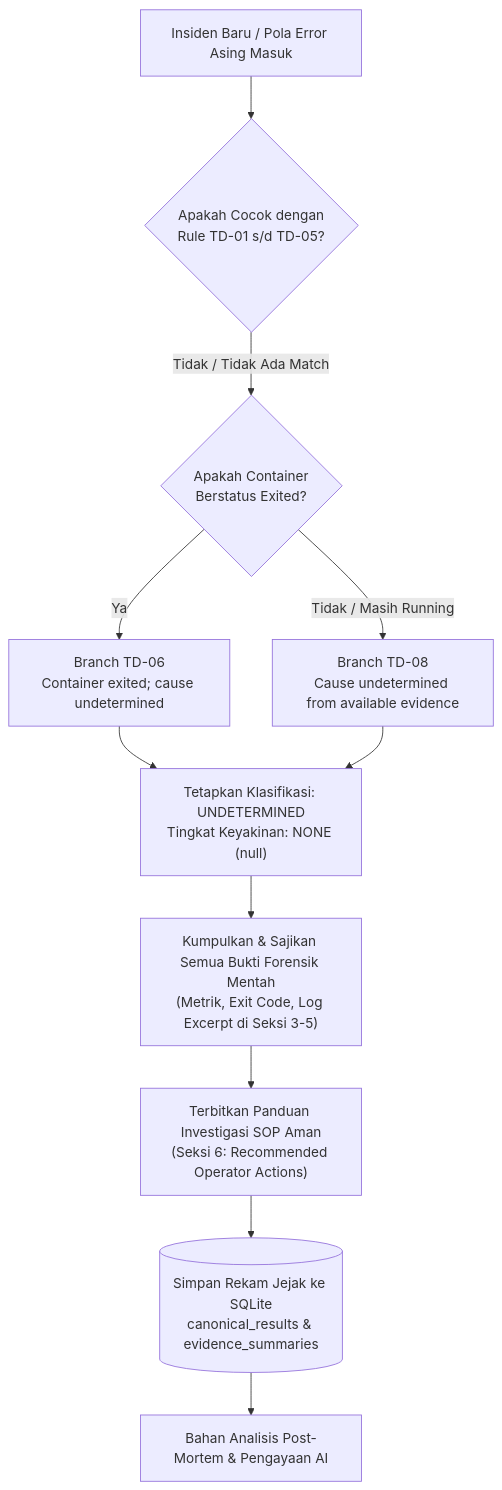
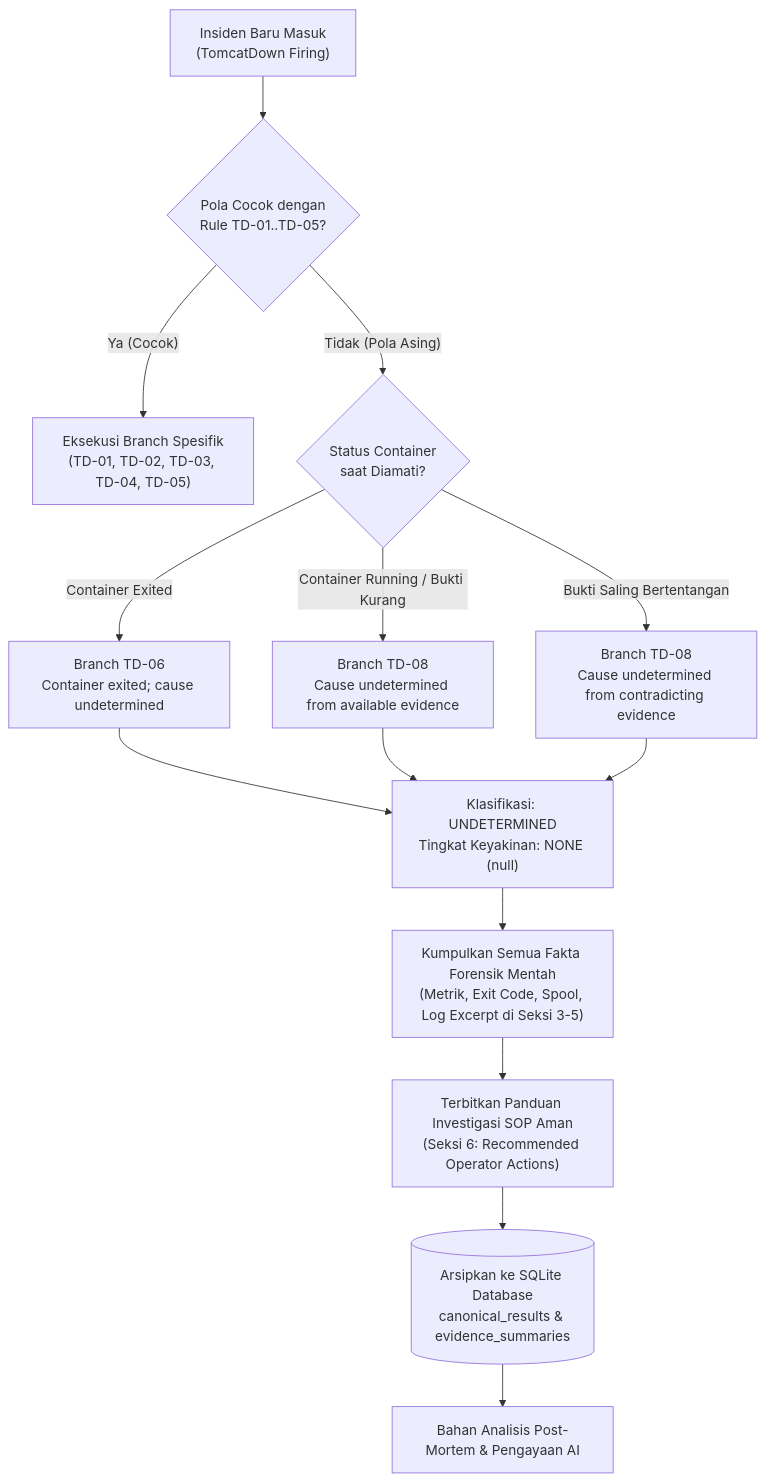
The second of 3 diagrams in docs/projects/tomcat-monitoring/diagnostic-mvp/knowledge-base-and-ai-enrichment-architecture.md (edkas07-oss/devops-handbook), drawn with Mermaid before and after one commit. The commit also changed other lines of this file, not shown here.

Commit message:
docs(architecture): polish tables, diagrams, and formatting in Knowledge Base architecture

````diff
--- a/docs/projects/tomcat-monitoring/diagnostic-mvp/knowledge-base-and-ai-enrichment-architecture.md
+++ b/docs/projects/tomcat-monitoring/diagnostic-mvp/knowledge-base-and-ai-enrichment-architecture.md
@@ -46,19 +57,21 @@
 ```mermaid
 flowchart TD
-    A["Insiden Baru / Pola Error Asing Masuk"] --> B{"Apakah Cocok dengan<br/>Rule TD-01 s/d TD-05?"}
+    A["Insiden Baru Masuk<br/>(TomcatDown Firing)"] --> B{"Pola Cocok dengan<br/>Rule TD-01..TD-05?"}
     
-    B -->|Tidak / Tidak Ada Match| C{"Apakah Container<br/>Berstatus Exited?"}
+    B -->|"Ya (Cocok)"| C["Eksekusi Branch Spesifik<br/>(TD-01, TD-02, TD-03, TD-04, TD-05)"]
+    B -->|"Tidak (Pola Asing)"| D{"Status Container<br/>saat Diamati?"}
     
-    C -->|Ya| D["Branch TD-06<br/>Container exited; cause undetermined"]
-    C -->|Tidak / Masih Running| E["Branch TD-08<br/>Cause undetermined from available evidence"]
+    D -->|"Container Exited"| E["Branch TD-06<br/>Container exited; cause undetermined"]
+    D -->|"Container Running / Bukti Kurang"| F["Branch TD-08<br/>Cause undetermined from available evidence"]
+    D -->|"Bukti Saling Bertentangan"| G["Branch TD-08<br/>Cause undetermined from contradicting evidence"]
     
-    D & E --> F["Tetapkan Klasifikasi: UNDETERMINED<br/>Tingkat Keyakinan: NONE (null)"]
+    E & F & G --> H["Klasifikasi: UNDETERMINED<br/>Tingkat Keyakinan: NONE (null)"]
     
-    F --> G["Kumpulkan & Sajikan Semua Bukti Forensik Mentah<br/>(Metrik, Exit Code, Log Excerpt di Seksi 3-5)"]
+    H --> I["Kumpulkan Semua Fakta Forensik Mentah<br/>(Metrik, Exit Code, Spool, Log Excerpt di Seksi 3-5)"]
     
-    G --> H["Terbitkan Panduan Investigasi SOP Aman<br/>(Seksi 6: Recommended Operator Actions)"]
+    I --> J["Terbitkan Panduan Investigasi SOP Aman<br/>(Seksi 6: Recommended Operator Actions)"]
     
-    H --> I[("Simpan Rekam Jejak ke SQLite<br/>canonical_results & evidence_summaries")]
+    J --> K[("Arsipkan ke SQLite Database<br/>canonical_results & evidence_summaries")]
     
-    I --> J["Bahan Analisis Post-Mortem & Pengayaan AI"]
+    K --> L["Bahan Analisis Post-Mortem & Pengayaan AI"]
 ```
````
